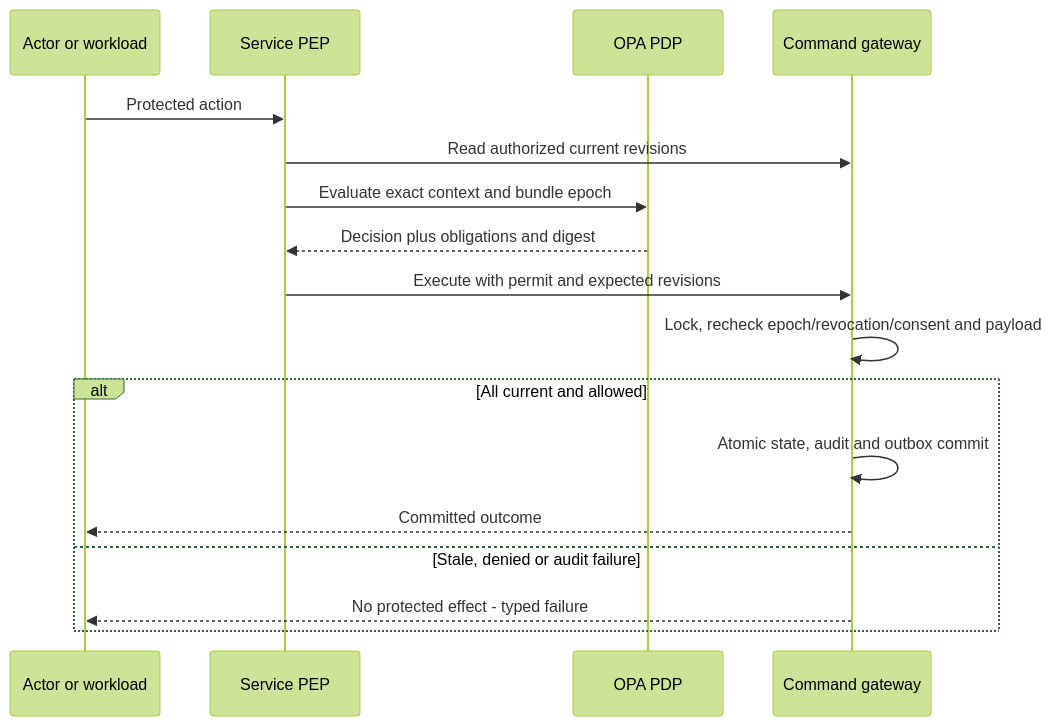
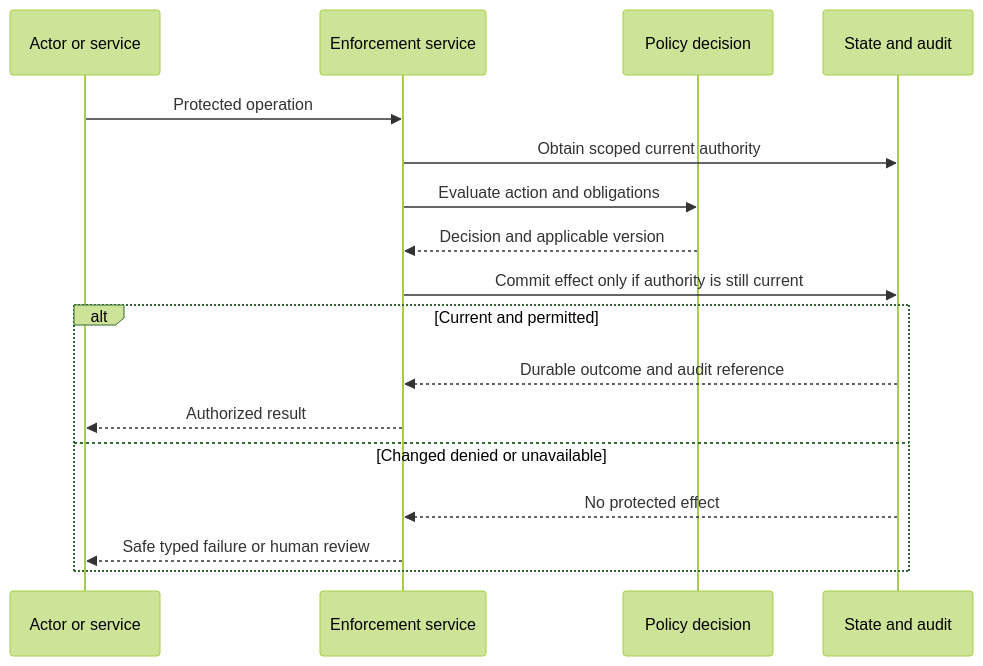
The diagram in doc/HLD/04-safety-security-and-governance.md (zencodeai/care-link-demo), drawn with Mermaid (forest theme) before and after one commit. The commit also changed other lines of this file and 11 other files, not shown here.

Commit message:
docs: revise HLD around architectural responsibilities and service flows

````diff
--- a/doc/HLD/04-safety-security-and-governance.md
+++ b/doc/HLD/04-safety-security-and-governance.md
@@ -15,19 +31,19 @@
 ```mermaid
 sequenceDiagram
-  participant A as Actor or workload
-  participant P as Service PEP
-  participant O as OPA PDP
-  participant D as Command gateway
-  A->>P: Protected action
-  P->>D: Read authorized current revisions
-  P->>O: Evaluate exact context and bundle epoch
-  O-->>P: Decision plus obligations and digest
-  P->>D: Execute with permit and expected revisions
-  D->>D: Lock, recheck epoch/revocation/consent and payload
-  alt All current and allowed
-    D->>D: Atomic state, audit and outbox commit
-    D-->>A: Committed outcome
-  else Stale, denied or audit failure
-    D-->>A: No protected effect - typed failure
+  participant A as Actor or service
+  participant E as Enforcement service
+  participant P as Policy decision
+  participant D as State and audit
+  A->>E: Protected operation
+  E->>D: Obtain scoped current authority
+  E->>P: Evaluate action and obligations
+  P-->>E: Decision and applicable version
+  E->>D: Commit effect only if authority is still current
+  alt Current and permitted
+    D-->>E: Durable outcome and audit reference
+    E-->>A: Authorized result
+  else Changed denied or unavailable
+    D-->>E: No protected effect
+    E-->>A: Safe typed failure or human review
   end
 ```
````
